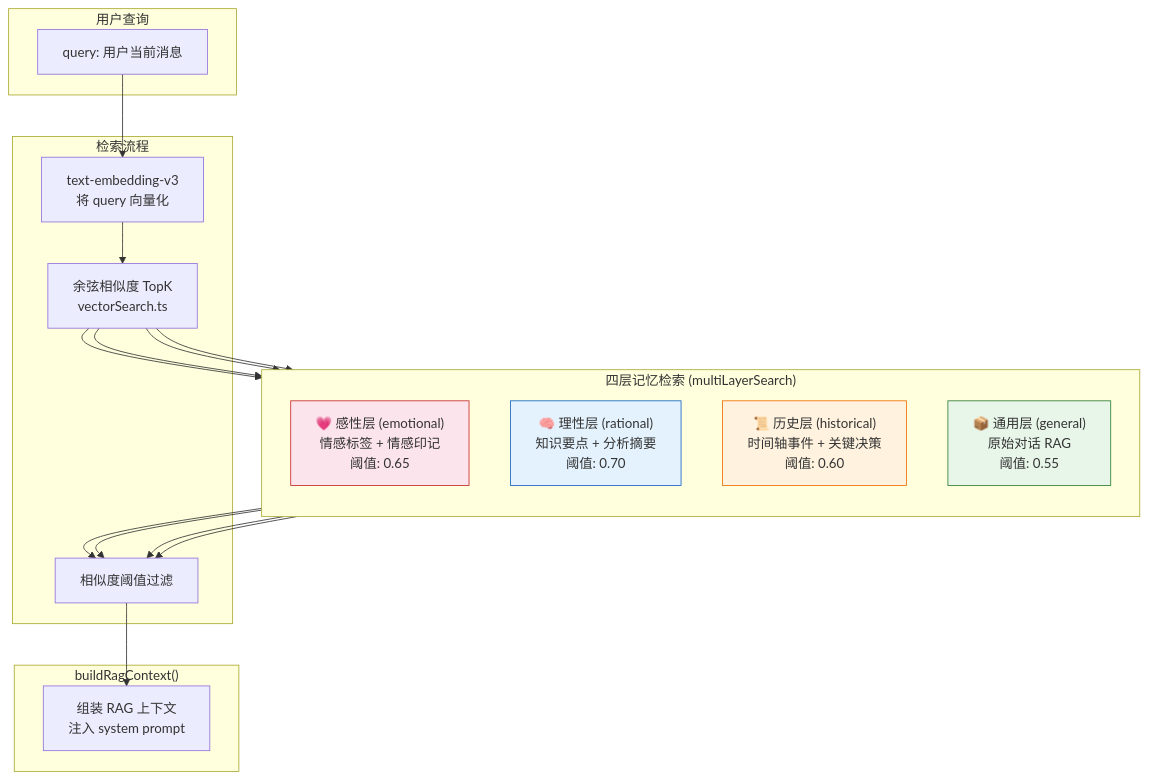
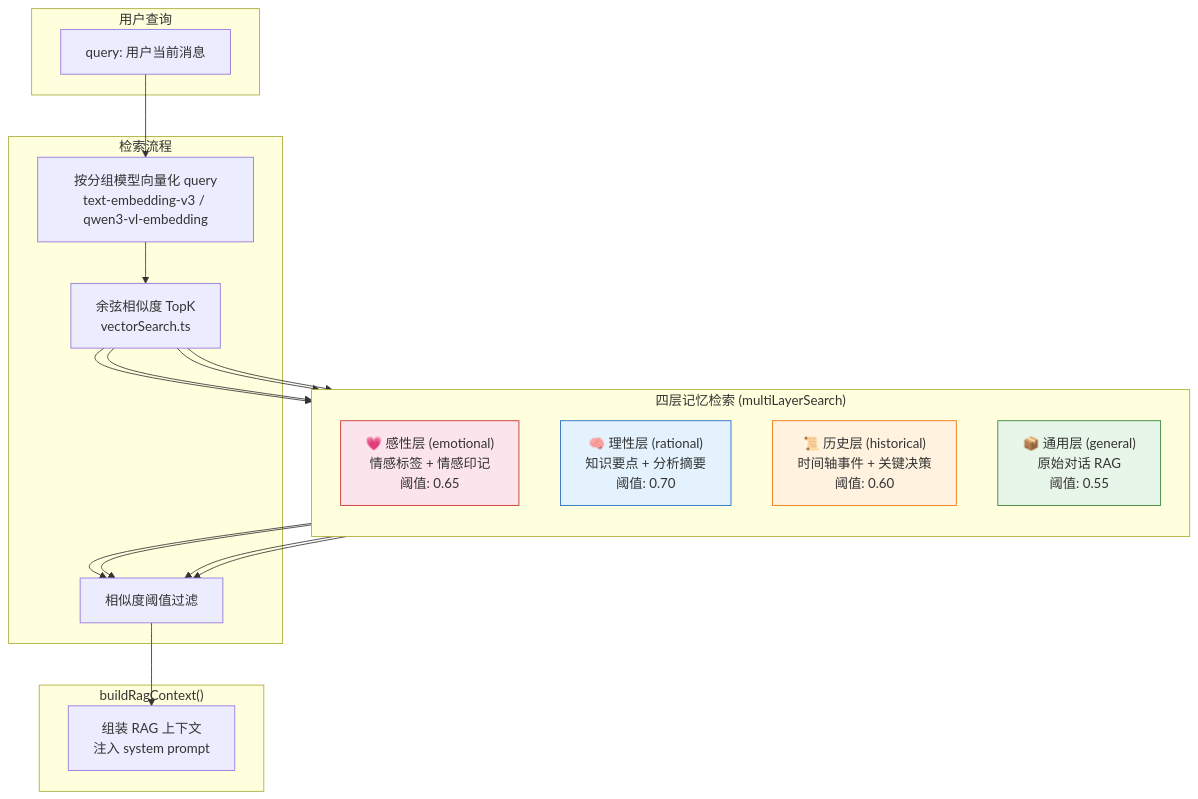
The first of 7 diagrams in 架构文档/log10_rag_architecture.md (jitok123/AI-Assistant-Anywhere), drawn with Mermaid before and after one commit. The commit also changed other lines of this file and 24 other files, not shown here.

````diff
--- a/架构文档/log10_rag_architecture.md
+++ b/架构文档/log10_rag_architecture.md
@@ -9,41 +9,41 @@
 ```mermaid
 graph TB
     subgraph Input["用户查询"]
         Q["query: 用户当前消息"]
     end
 
     subgraph Layers["四层记忆检索 (multiLayerSearch)"]
         direction TB
         L1["💗 感性层 (emotional)<br/>情感标签 + 情感印记<br/>阈值: 0.65"]
         L2["🧠 理性层 (rational)<br/>知识要点 + 分析摘要<br/>阈值: 0.70"]
         L3["📜 历史层 (historical)<br/>时间轴事件 + 关键决策<br/>阈值: 0.60"]
         L4["📦 通用层 (general)<br/>原始对话 RAG<br/>阈值: 0.55"]
     end
 
     subgraph Process["检索流程"]
-        EMB["text-embedding-v3<br/>将 query 向量化"]
+        EMB["按分组模型向量化 query<br/>text-embedding-v3 / qwen3-vl-embedding"]
         VS["余弦相似度 TopK<br/>vectorSearch.ts"]
         FILTER["相似度阈值过滤"]
     end
 
     subgraph Output["buildRagContext()"]
         CTX["组装 RAG 上下文<br/>注入 system prompt"]
     end
 
     Q --> EMB
     EMB --> VS
     VS --> L1
     VS --> L2
     VS --> L3
     VS --> L4
     L1 --> FILTER
     L2 --> FILTER
     L3 --> FILTER
     L4 --> FILTER
     FILTER --> CTX
 
     style L1 fill:#FCE4EC,stroke:#C62828
     style L2 fill:#E3F2FD,stroke:#1565C0
     style L3 fill:#FFF3E0,stroke:#EF6C00
     style L4 fill:#E8F5E9,stroke:#2E7D32
 ```
````
